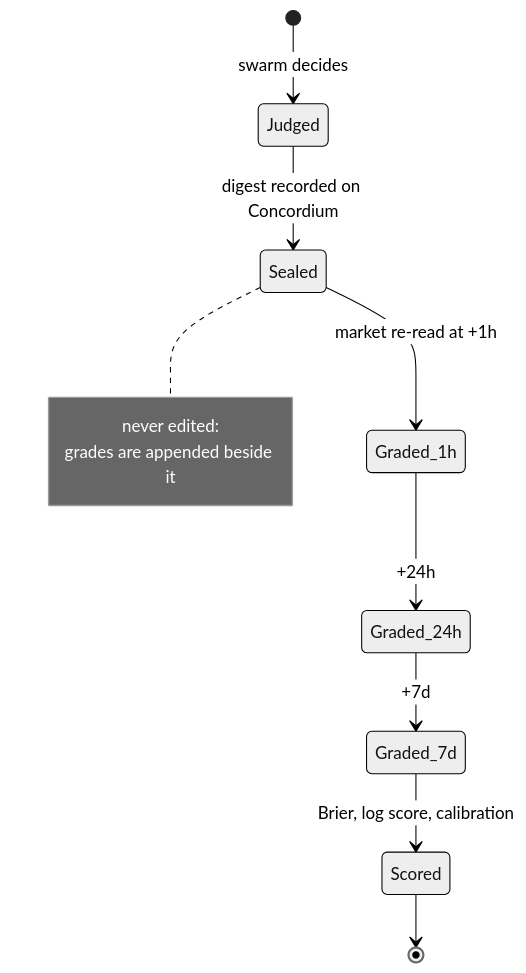
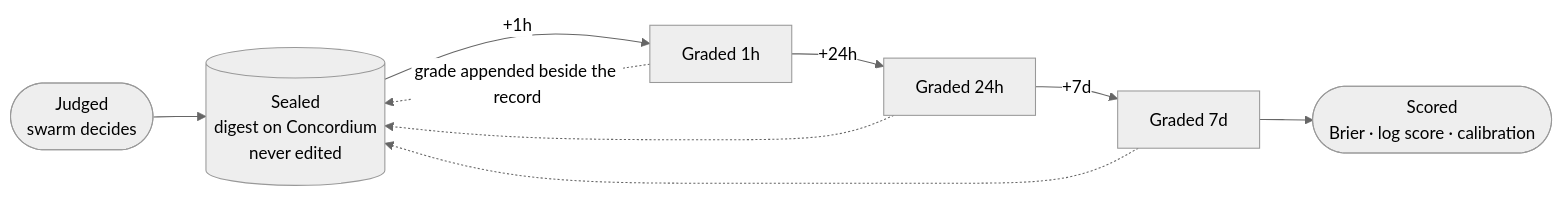
One commit to 0xNickdev/sentinel-agent changed the third of 6 diagrams in README.md. Above: the diagram before and after it, drawn with Mermaid (neutral theme).

Commit message:
README: draw the verdict lifecycle as a flowchart GitHub can render

````diff
--- a/README.md
+++ b/README.md
@@ -88,14 +88,11 @@
 ```mermaid
-stateDiagram-v2
-    [*] --> Judged: swarm decides
-    Judged --> Sealed: digest recorded on Concordium
-    Sealed --> Graded_1h: market re-read at +1h
-    Graded_1h --> Graded_24h: +24h
-    Graded_24h --> Graded_7d: +7d
-    Graded_7d --> Scored: Brier, log score, calibration
-    Scored --> [*]
-    note right of Sealed
-        never edited:
-        grades are appended beside it
-    end note
+flowchart LR
+    J(["Judged<br/>swarm decides"]) --> S[("Sealed<br/>digest on Concordium<br/>never edited")]
+    S -- "+1h" --> G1["Graded 1h"]
+    G1 -- "+24h" --> G2["Graded 24h"]
+    G2 -- "+7d" --> G3["Graded 7d"]
+    G3 --> SC(["Scored<br/>Brier · log score · calibration"])
+    G1 -. "grade appended beside the record" .-> S
+    G2 -.-> S
+    G3 -.-> S
 ```
````
